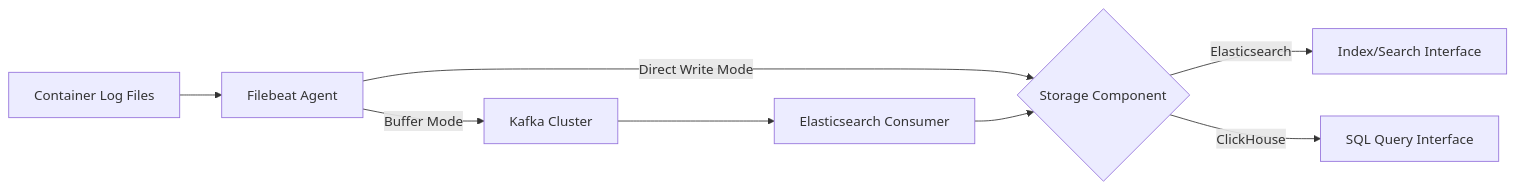
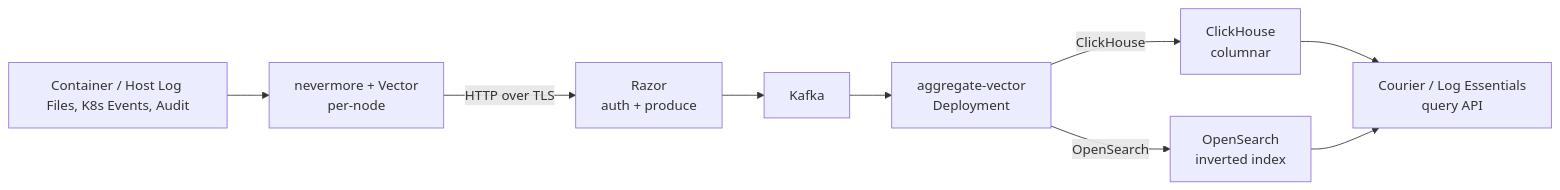
The diagram in docs/en/concept.mdx (alauda/logs-docs), drawn with Mermaid before and after one commit. The commit also changed other lines of this file and 5 other files, not shown here.

````diff
--- a/docs/en/concept.mdx
+++ b/docs/en/concept.mdx
@@ -92,10 +136,11 @@
 ```mermaid
 graph LR
-    A[Container Log Files] --> B[Filebeat Agent]
-    B -->|Direct Write Mode| C{Storage Component}
-    B -->|Buffer Mode| D[Kafka Cluster]
-    D --> E[Elasticsearch Consumer]
-    E --> C
-    C -->|Elasticsearch| F[Index/Search Interface]
-    C -->|ClickHouse| G[SQL Query Interface]
+    A[Container / Host Log Files, K8s Events, Audit] --> B[nevermore + Vector<br/>per-node]
+    B -->|HTTP over TLS| C[Razor<br/>auth + produce]
+    C --> D[Kafka]
+    D --> E[aggregate-vector<br/>Deployment]
+    E -->|ClickHouse| F[ClickHouse<br/>columnar]
+    E -->|OpenSearch| G[OpenSearch<br/>inverted index]
+    F --> H[Courier / Log Essentials<br/>query API]
+    G --> H
 ```
````
